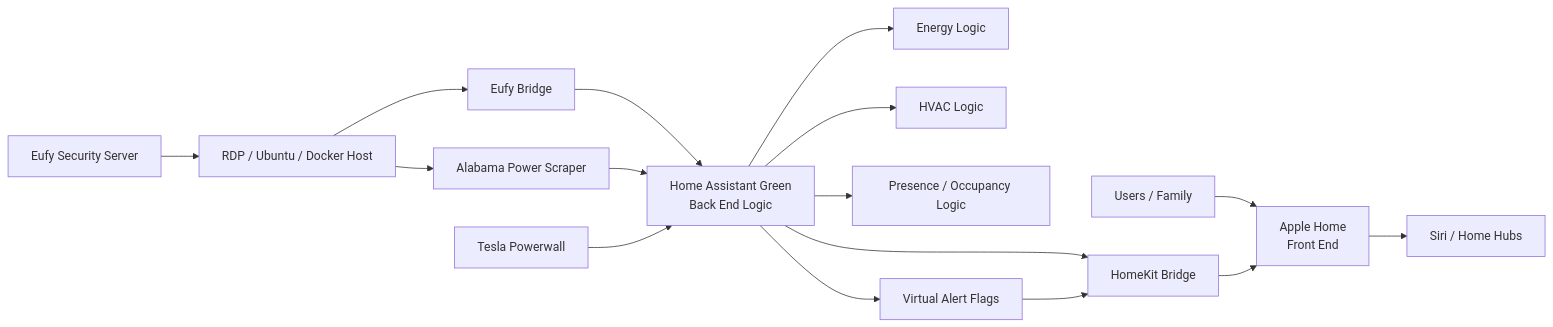
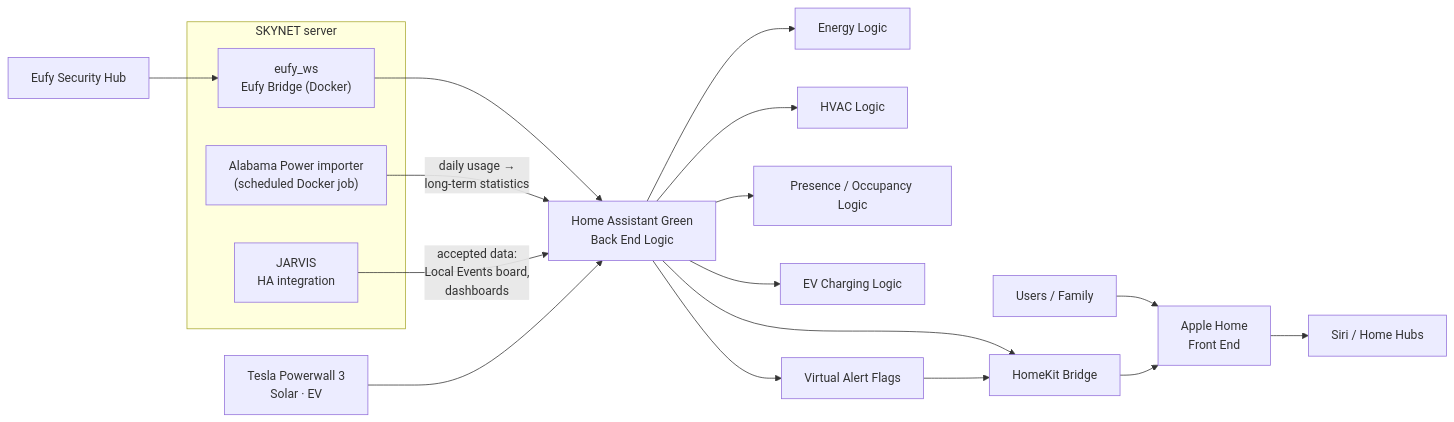
One commit to VicDubose/Smart-Home-Infrastructure changed the third of 6 diagrams in README.md. Above: the diagram before and after it, drawn with Mermaid. The commit also changed other lines of this file, not shown here.

````diff
--- a/README.md
+++ b/README.md
@@ -220,31 +342,31 @@
 ```mermaid
 flowchart LR
     USERS[Users / Family] --> AH[Apple Home<br/>Front End]
     AH --> SIRI[Siri / Home Hubs]
 
     HA[Home Assistant Green<br/>Back End Logic] --> HK[HomeKit Bridge]
     HK --> AH
 
-    EUFYSERVER[Eufy Security Server]
-    RDP[RDP / Ubuntu / Docker Host]
-    EUFYBRIDGE[Eufy Bridge]
+    subgraph SKYNET["SKYNET server"]
+        EUFYBRIDGE["eufy_ws<br/>Eufy Bridge (Docker)"]
+        APIMPORT["Alabama Power importer<br/>(scheduled Docker job)"]
+        JARVIS["JARVIS<br/>HA integration"]
+    end
 
-    APSCRAPER[Alabama Power Scraper]
-    TESLA[Tesla Powerwall]
-
-    EUFYSERVER --> RDP
-    RDP --> EUFYBRIDGE
+    EUFYHUB[Eufy Security Hub] --> EUFYBRIDGE
     EUFYBRIDGE --> HA
 
-    RDP --> APSCRAPER
-    APSCRAPER --> HA
+    APIMPORT -->|"daily usage →<br/>long-term statistics"| HA
 
-    TESLA --> HA
+    JARVIS -->|"accepted data:<br/>Local Events board,<br/>dashboards"| HA
+
+    TESLA[Tesla Powerwall 3<br/>Solar · EV] --> HA
 
     HA --> ENERGY[Energy Logic]
     HA --> HVAC[HVAC Logic]
     HA --> PRESENCE[Presence / Occupancy Logic]
+    HA --> EV[EV Charging Logic]
     HA --> ALERTS[Virtual Alert Flags]
 
     ALERTS --> HK
 ```
````
